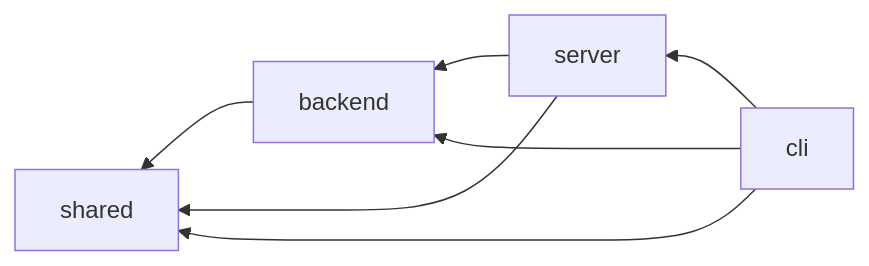
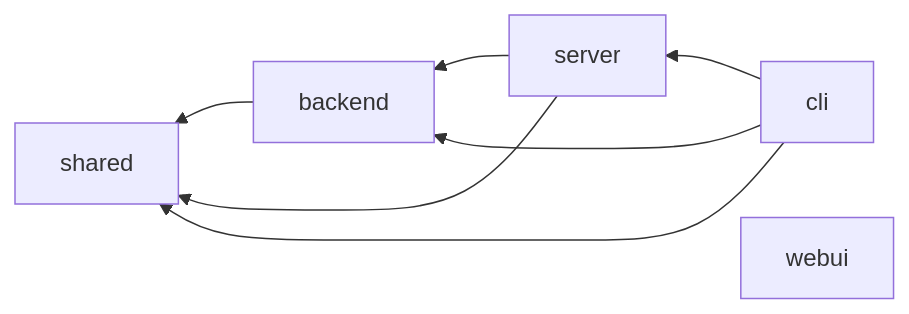
Before and after one commit to kba/mollusc: the diagram in docs/mollusc_server.md, drawn with Mermaid. The commit also changed other lines of this file and 5 other files, not shown here.

```diff
--- a/docs/mollusc_server.md
+++ b/docs/mollusc_server.md
@@ -5,10 +5,12 @@
 ~~~mermaid
 graph RL
 
 backend --> shared;
 server --> shared
 server --> backend
 cli --> shared
 cli --> backend
 cli --> server
+
+webui
 ~~~
```
